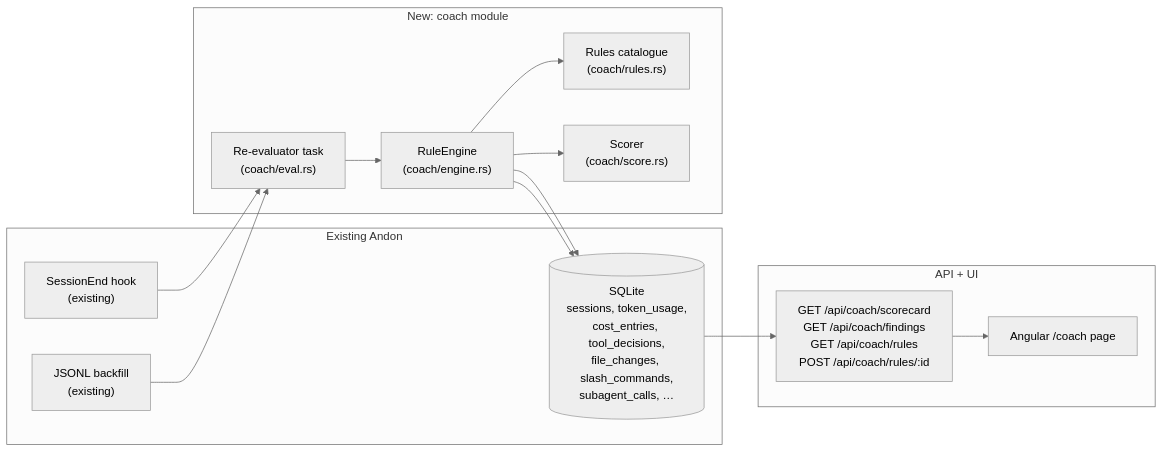
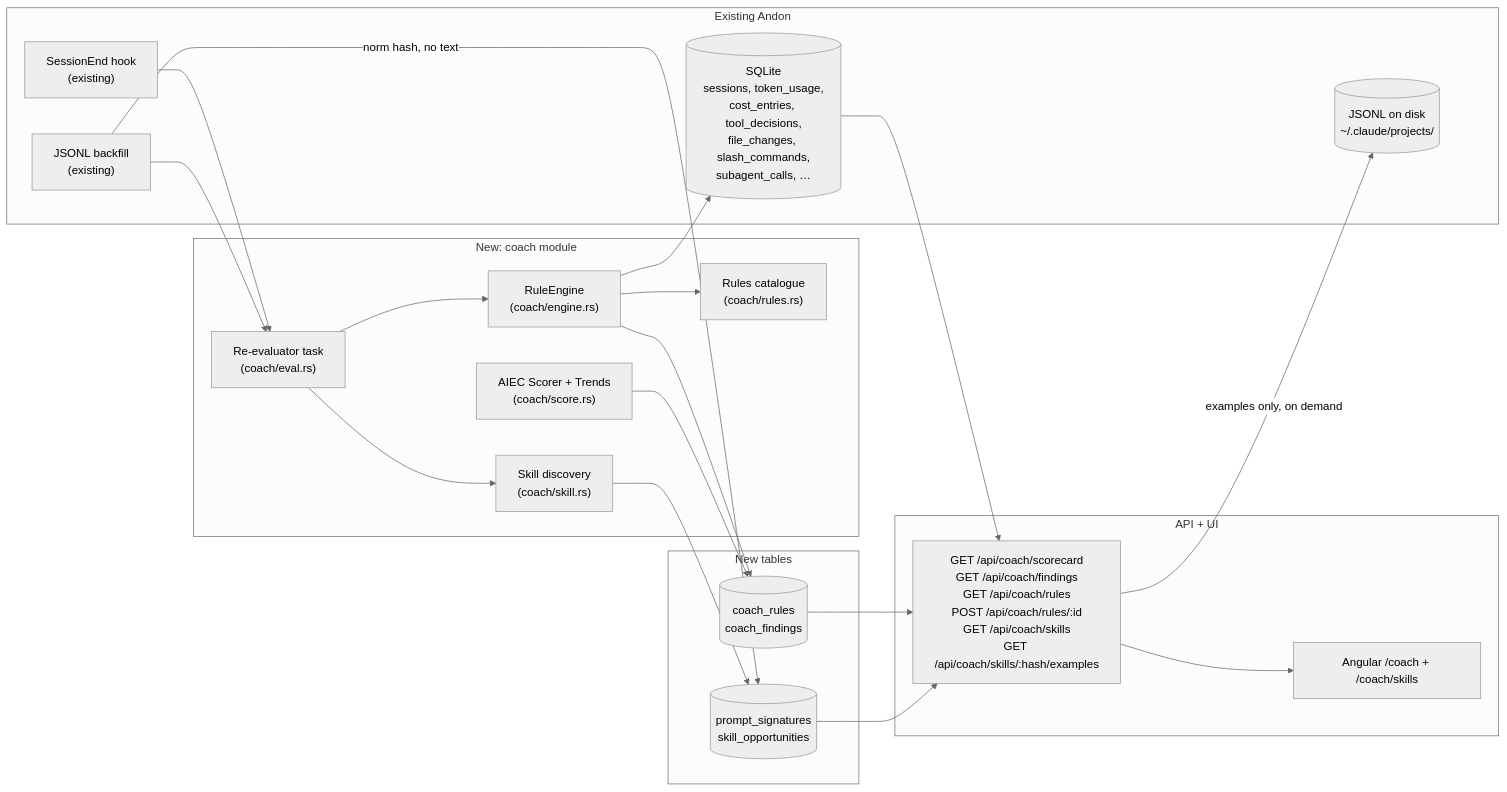
One commit to satish-krishna/andon changed the first of 2 diagrams in docs/superpowers/specs/2026-05-24-ai-engineering-coach-integration-design.md. Above: the diagram before and after it, drawn with Mermaid (neutral theme). The commit also changed other lines of this file, not shown here.

First line of the commit message:
docs(coach): adopt AIEC scoring formula and add Skill Finder to phase 1

````diff
--- a/docs/superpowers/specs/2026-05-24-ai-engineering-coach-integration-design.md
+++ b/docs/superpowers/specs/2026-05-24-ai-engineering-coach-integration-design.md
@@ -106,26 +113,39 @@
 ```mermaid
 flowchart LR
     subgraph Existing["Existing Andon"]
         DB[("SQLite<br/>sessions, token_usage,<br/>cost_entries, tool_decisions,<br/>file_changes, slash_commands,<br/>subagent_calls, …")]
         SE["SessionEnd hook<br/>(existing)"]
         BF["JSONL backfill<br/>(existing)"]
+        FS[("JSONL on disk<br/>~/.claude/projects/")]
     end
     subgraph New["New: coach module"]
         Engine["RuleEngine<br/>(coach/engine.rs)"]
         Rules["Rules catalogue<br/>(coach/rules.rs)"]
-        Scorer["Scorer<br/>(coach/score.rs)"]
+        Scorer["AIEC Scorer + Trends<br/>(coach/score.rs)"]
+        Skill["Skill discovery<br/>(coach/skill.rs)"]
         Eval["Re-evaluator task<br/>(coach/eval.rs)"]
     end
+    subgraph New2["New tables"]
+        T1[("coach_rules<br/>coach_findings")]
+        T2[("prompt_signatures<br/>skill_opportunities")]
+    end
     subgraph API["API + UI"]
-        Routes["GET /api/coach/scorecard<br/>GET /api/coach/findings<br/>GET /api/coach/rules<br/>POST /api/coach/rules/:id"]
-        Page["Angular /coach page"]
+        Routes["GET /api/coach/scorecard<br/>GET /api/coach/findings<br/>GET /api/coach/rules<br/>POST /api/coach/rules/:id<br/>GET /api/coach/skills<br/>GET /api/coach/skills/:hash/examples"]
+        Page["Angular /coach + /coach/skills"]
     end
     SE --> Eval
     BF --> Eval
+    BF -- "norm hash, no text" --> T2
     Eval --> Engine
+    Eval --> Skill
     Engine --> Rules
     Engine --> DB
-    Engine --> Scorer
-    Engine --> DB
-    DB --> Routes --> Page
+    Engine --> T1
+    Scorer --> T1
+    Skill --> T2
+    T1 --> Routes
+    T2 --> Routes
+    DB --> Routes
+    Routes -- "examples only, on demand" --> FS
+    Routes --> Page
 ```
````
